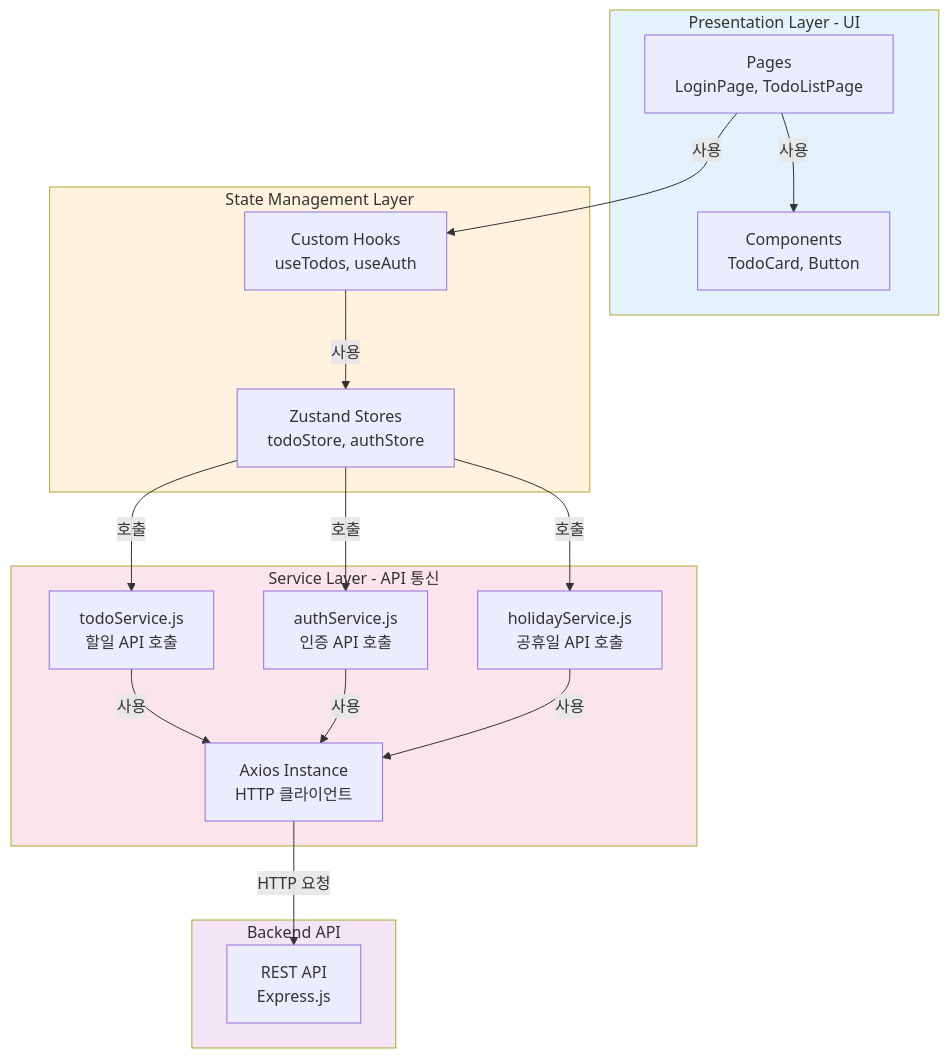
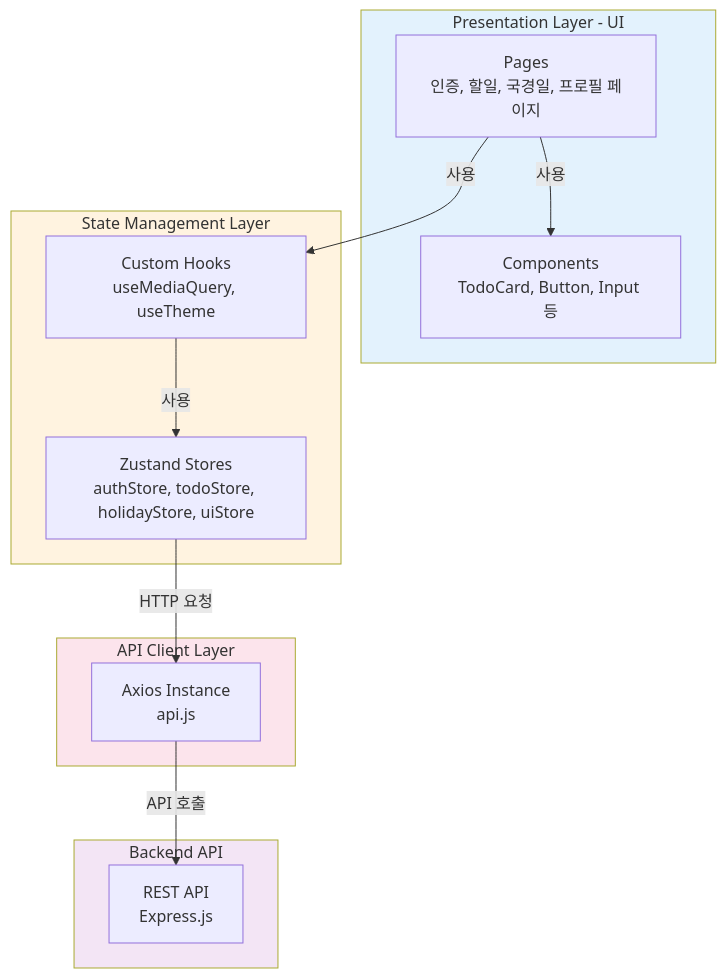
The third of 13 diagrams in doc/6-arch-diagram.md (lyjoo17/lyjoo-Secure-To-Do-List), drawn with Mermaid before and after one commit. The commit also changed other lines of this file and 74 other files, not shown here.

````diff
--- a/doc/6-arch-diagram.md
+++ b/doc/6-arch-diagram.md
@@ -187,39 +187,31 @@
 ```mermaid
 graph TB
     subgraph Presentation["Presentation Layer - UI"]
-        Pages[Pages<br/>LoginPage, TodoListPage]
-        Components[Components<br/>TodoCard, Button]
+        Pages[Pages<br/>인증, 할일, 국경일, 프로필 페이지]
+        Components[Components<br/>TodoCard, Button, Input 등]
     end
 
     subgraph State["State Management Layer"]
-        Zustand[Zustand Stores<br/>todoStore, authStore]
-        Hooks[Custom Hooks<br/>useTodos, useAuth]
+        Zustand[Zustand Stores<br/>authStore, todoStore, holidayStore, uiStore]
+        Hooks[Custom Hooks<br/>useMediaQuery, useTheme]
     end
 
-    subgraph Service["Service Layer - API 통신"]
-        TodoService[todoService.js<br/>할일 API 호출]
-        AuthService[authService.js<br/>인증 API 호출]
-        HolidayService[holidayService.js<br/>공휴일 API 호출]
-        AxiosClient[Axios Instance<br/>HTTP 클라이언트]
+    subgraph Service["API Client Layer"]
+        AxiosClient[Axios Instance<br/>api.js]
     end
 
     subgraph Backend["Backend API"]
         RestAPI[REST API<br/>Express.js]
     end
 
     Pages -->|사용| Components
     Pages -->|사용| Hooks
     Hooks -->|사용| Zustand
-    Zustand -->|호출| TodoService
-    Zustand -->|호출| AuthService
-    Zustand -->|호출| HolidayService
-    TodoService -->|사용| AxiosClient
-    AuthService -->|사용| AxiosClient
-    HolidayService -->|사용| AxiosClient
-    AxiosClient -->|HTTP 요청| RestAPI
+    Zustand -->|HTTP 요청| AxiosClient
+    AxiosClient -->|API 호출| RestAPI
 
     style Presentation fill:#e3f2fd
     style State fill:#fff3e0
     style Service fill:#fce4ec
     style Backend fill:#f3e5f5
 ```
````
